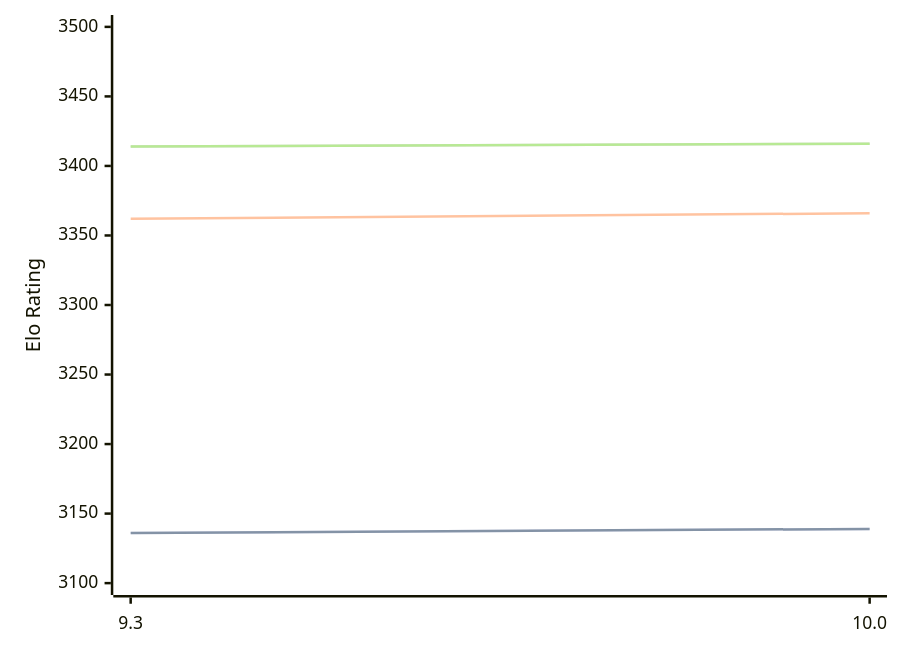
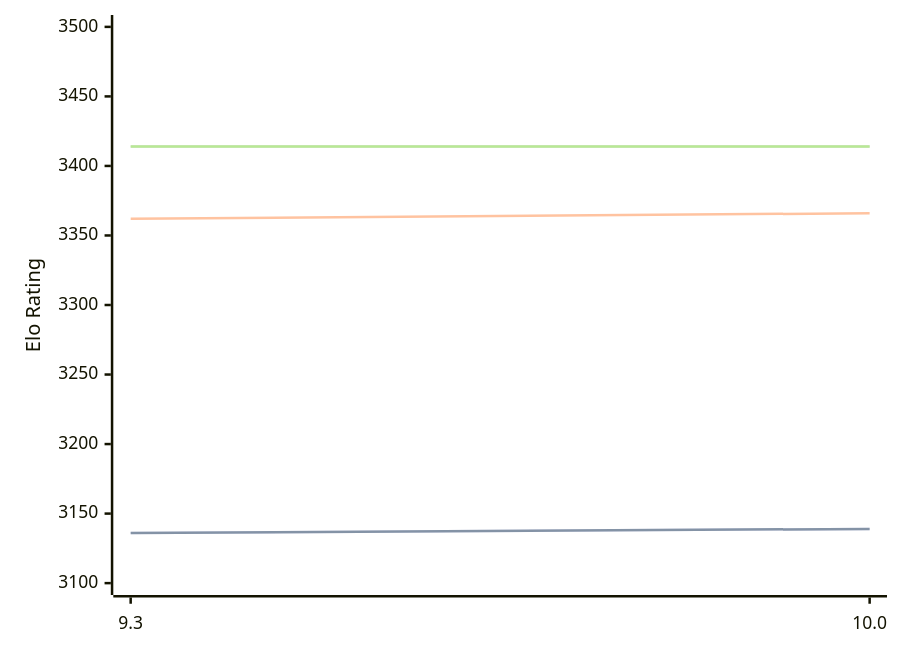
The first of 3 diagrams in engines/Fire.md (computer-chess-index/cci), drawn with Mermaid before and after one commit. The commit also changed other lines of this file, not shown here.

Commit message:
Update CCI Ratings (ELO VLTC) - 2026-07-06

````diff
--- a/engines/Fire.md
+++ b/engines/Fire.md
@@ -47,11 +47,11 @@
 ```mermaid
 %%{init: {"theme":"base","themeVariables":{"seriesColors:['#a3a3a3','#222221','#faa371']}}}%%
 xychart-beta
   x-axis ["9.3", "10.0"]
   y-axis "Elo Rating" 3100 --> 3500
   line "STC (8.0+0.08s)" [3136, 3139]
   line "STC (8.0+0.08s)" [3136, 3139]
   line "LTC (60.0+0.60s)" [3362, 3366]
-  line "VLTC (2m24s+1.12s)" [3414, 3416]
-  line "VLTC (2m24s+1.12s)" [3414, 3416]
+  line "VLTC (2m24s+1.12s)" [3414, 3414]
+  line "VLTC (2m24s+1.12s)" [3414, 3414]
 ```
````
